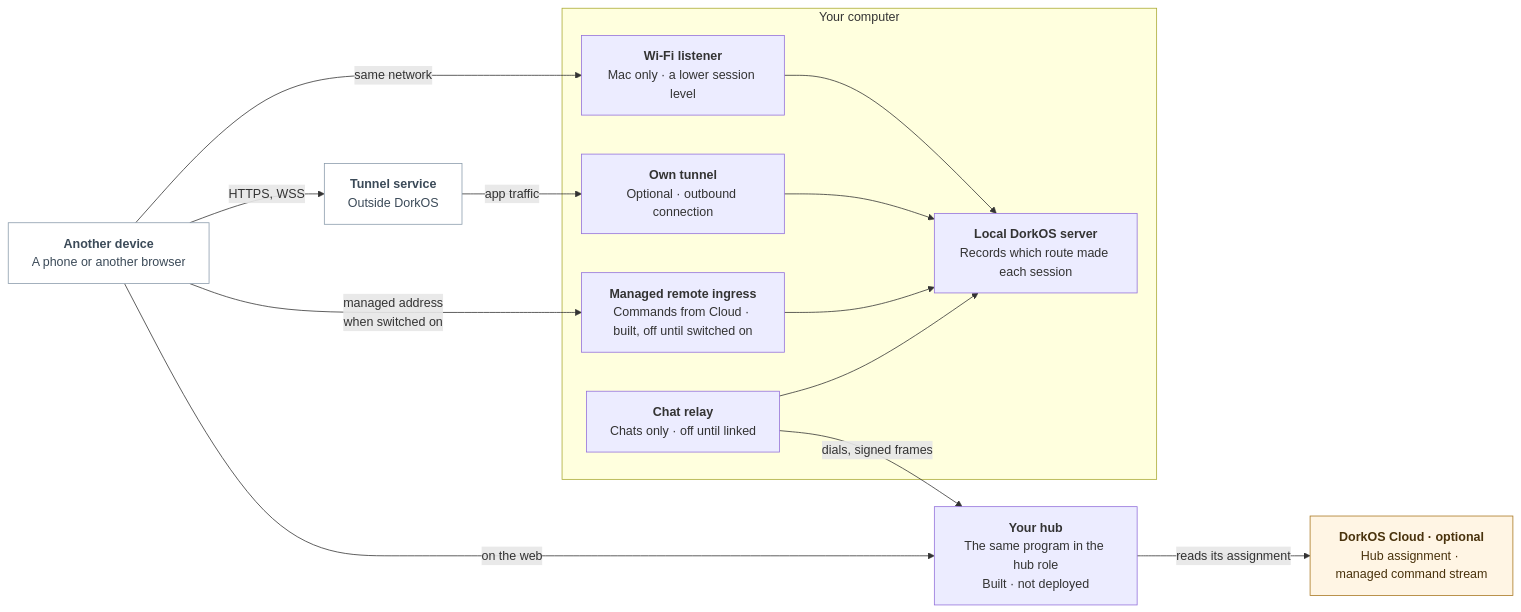
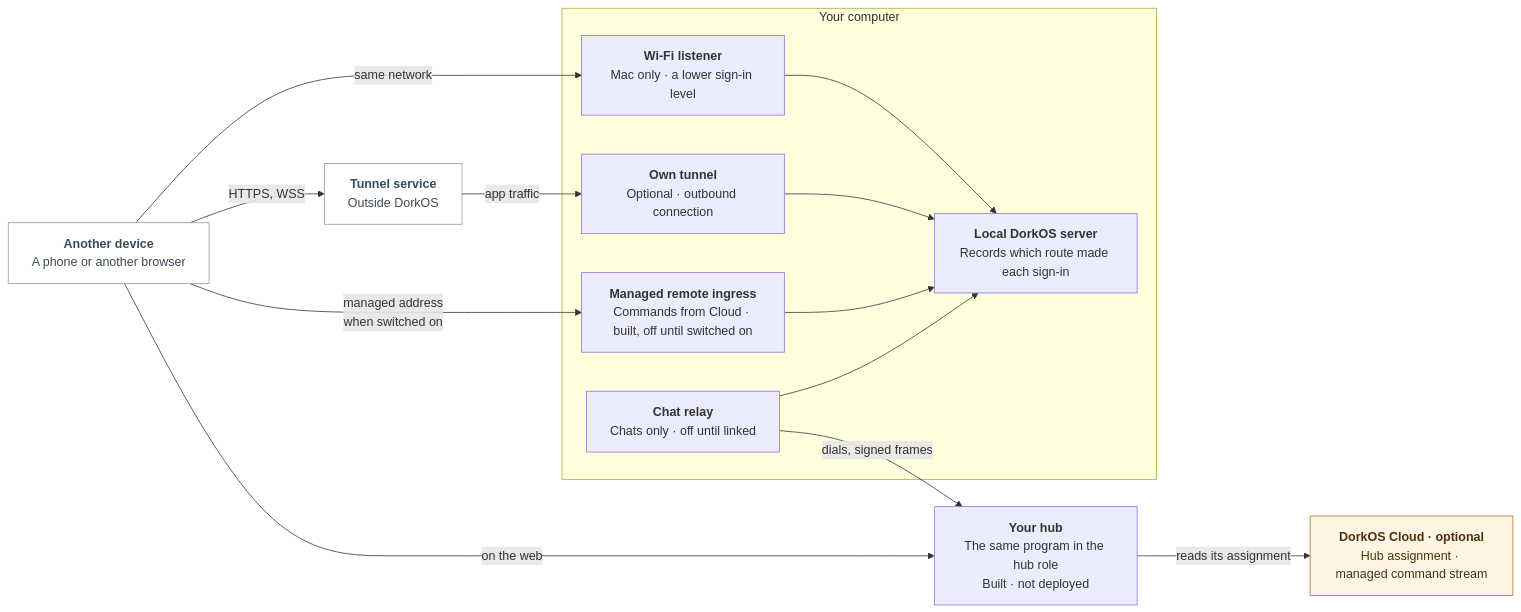
One commit to dork-labs/dorkos changed the diagram in contributing/diagrams/architecture/remote-access.mmd. Above: the diagram before and after it, drawn with Mermaid. The commit also changed 4 other files, not shown here.

First line of the commit message:
docs(architecture): review fixes: sign-in in the ways-in picture, a clearer key

```diff
--- a/contributing/diagrams/architecture/remote-access.mmd
+++ b/contributing/diagrams/architecture/remote-access.mmd
@@ -1,33 +1,33 @@
 flowchart LR
   accTitle: Ways in to your DorkOS from another device
-  accDescr: Four routes reach a person's own DorkOS server from elsewhere, and each is a different route: the Wi-Fi listener on the same network, the person's own tunnel, managed remote ingress, and the chat relay through a hub. A session made on one route is refused on another. The relay carries chats only and dials the hub the computer pinned, not Cloud. The tunnel and the Wi-Fi listener are shipped; managed remote and the relay are built and off by default; the hub is built and not deployed.
+  accDescr: Four routes reach a person's own DorkOS server from elsewhere, and each is a different route: the Wi-Fi listener on the same network, the person's own tunnel, managed remote ingress, and the chat relay through a hub. A sign-in made on one route is refused on another. The relay carries chats only and dials the hub the computer pinned, not Cloud. The tunnel and the Wi-Fi listener are shipped; managed remote and the relay are built and off by default; the hub is built and not deployed.
 
   device["<b>Another device</b><br/><span class='d'>A phone or another browser</span>"]
   tunnelsvc["<b>Tunnel service</b><br/><span class='d'>Outside DorkOS</span>"]
   hub["<b>Your hub</b><br/><span class='d'>The same program in the hub role<br/>Built · not deployed</span>"]
   cloud["<b>DorkOS Cloud · optional</b><br/><span class='d'>Hub assignment · managed command stream</span>"]
 
   subgraph mac["Your computer"]
-    wifi["<b>Wi-Fi listener</b><br/><span class='d'>Mac only · a lower session level</span>"]
+    wifi["<b>Wi-Fi listener</b><br/><span class='d'>Mac only · a lower sign-in level</span>"]
     tunnel["<b>Own tunnel</b><br/><span class='d'>Optional · outbound connection</span>"]
     remote["<b>Managed remote ingress</b><br/><span class='d'>Commands from Cloud · built, off until switched on</span>"]
     relay["<b>Chat relay</b><br/><span class='d'>Chats only · off until linked</span>"]
-    local["<b>Local DorkOS server</b><br/><span class='d'>Records which route made each session</span>"]
+    local["<b>Local DorkOS server</b><br/><span class='d'>Records which route made each sign-in</span>"]
     wifi --> local
     tunnel --> local
     remote --> local
     relay --> local
   end
 
   device -->|"same network"| wifi
   device -->|"HTTPS, WSS"| tunnelsvc
   tunnelsvc -->|"app traffic"| tunnel
   device -->|"managed address<br/><span class='d'>when switched on</span>"| remote
   device -->|"on the web"| hub
   relay -->|"dials, signed frames"| hub
   hub -->|"reads its assignment"| cloud
 
   classDef cloud fill:#fff5e4,stroke:#a87720,color:#49320c
   classDef external fill:#ffffff,stroke:#8a9bab,color:#3b4a58
   class cloud cloud
   class device,tunnelsvc external
```
